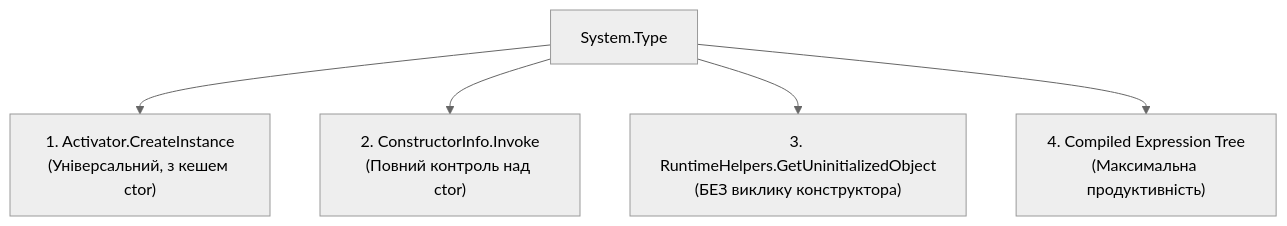
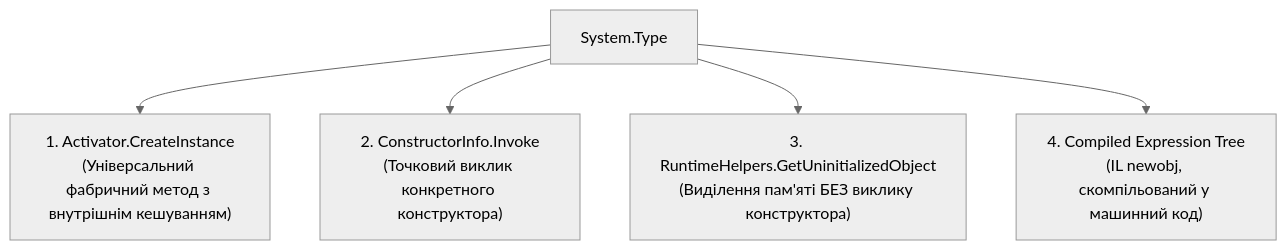
The diagram in 06-Advanced-DotNet/02-Reflection-And-Metadata/Docs/03_Late_Binding_And_Generics.md (MrTomkaYurii/CSharp-OOP-Mastery), drawn with Mermaid (neutral theme) before and after one commit. The commit also changed other lines of this file and 7 other files, not shown here.

````diff
--- a/06-Advanced-DotNet/02-Reflection-And-Metadata/Docs/03_Late_Binding_And_Generics.md
+++ b/06-Advanced-DotNet/02-Reflection-And-Metadata/Docs/03_Late_Binding_And_Generics.md
@@ -22,8 +44,8 @@
 ```mermaid
 graph TD
     Type["System.Type"]
-    Type --> M1["1. Activator.CreateInstance<br/>(Універсальний, з кешем ctor)"]
-    Type --> M2["2. ConstructorInfo.Invoke<br/>(Повний контроль над ctor)"]
-    Type --> M3["3. RuntimeHelpers.GetUninitializedObject<br/>(БЕЗ виклику конструктора)"]
-    Type --> M4["4. Compiled Expression Tree<br/>(Максимальна продуктивність)"]
+    Type --> M1["1. Activator.CreateInstance<br/>(Універсальний фабричний метод з внутрішнім кешуванням)"]
+    Type --> M2["2. ConstructorInfo.Invoke<br/>(Точковий виклик конкретного конструктора)"]
+    Type --> M3["3. RuntimeHelpers.GetUninitializedObject<br/>(Виділення пам'яті БЕЗ виклику конструктора)"]
+    Type --> M4["4. Compiled Expression Tree<br/>(IL newobj, скомпільований у машинний код)"]
 ```
````
